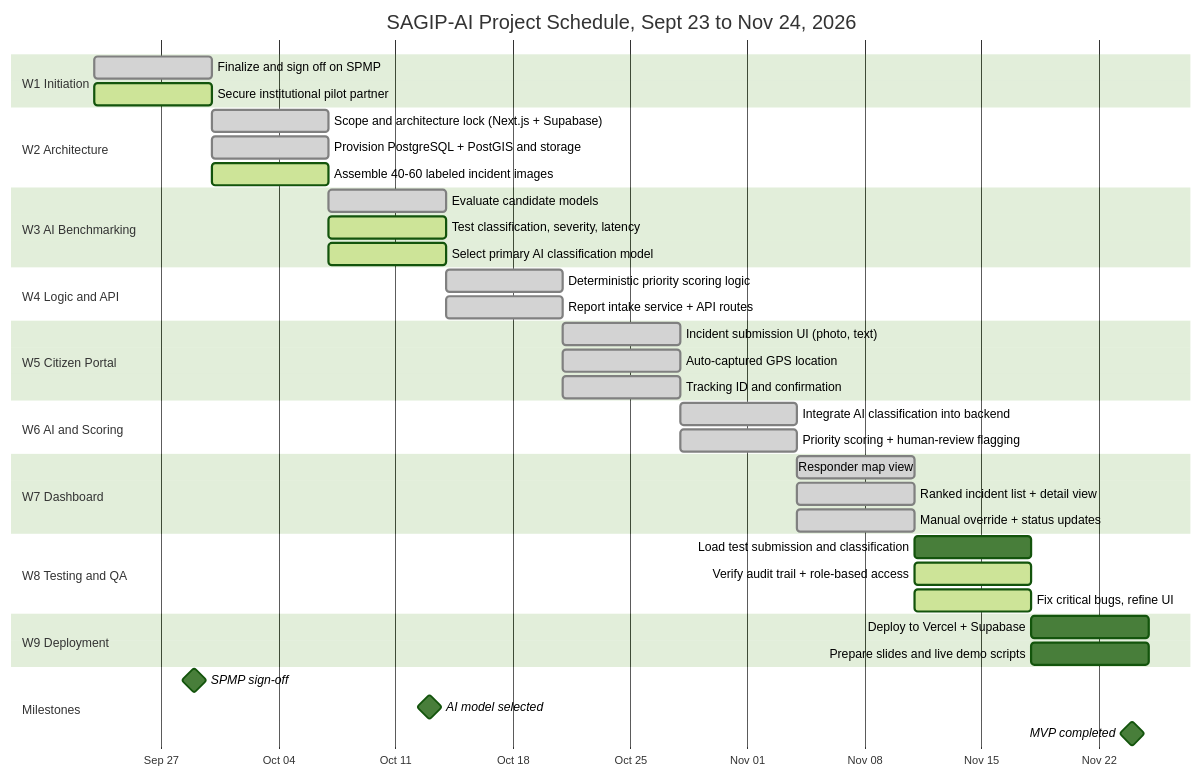
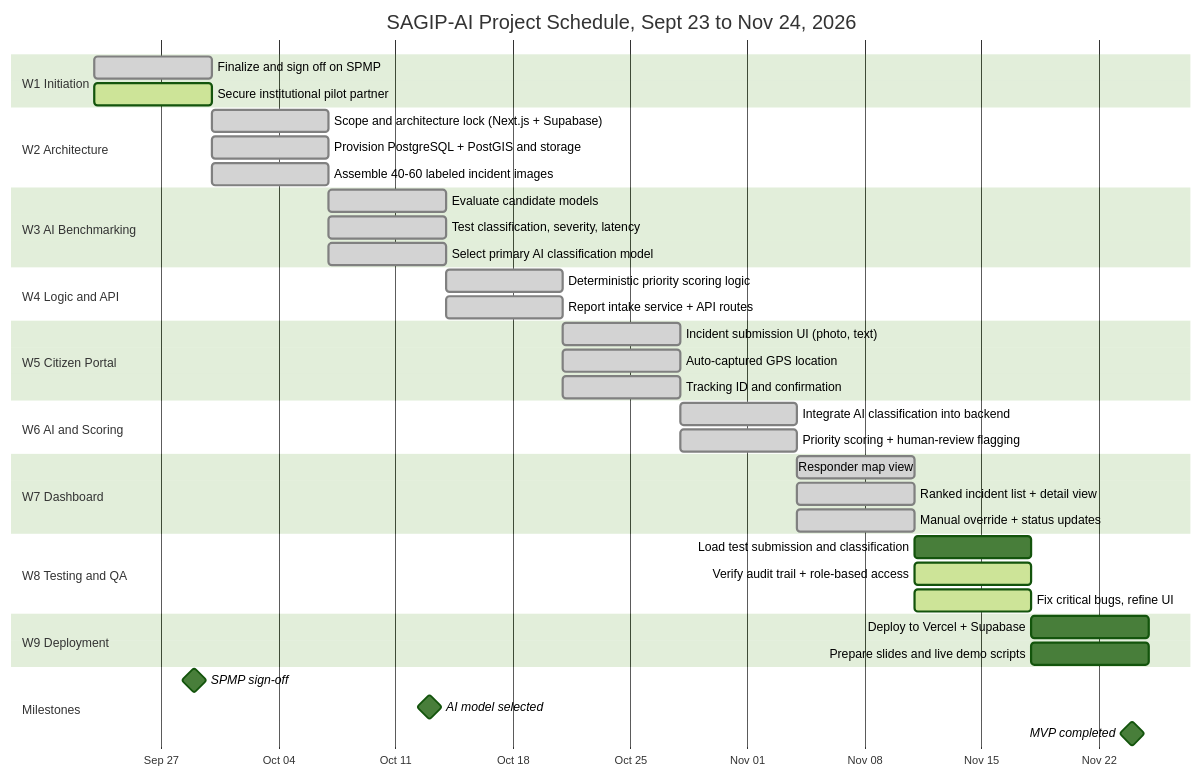
The eighth of 8 diagrams in docs/DOCUMENTATION.md (helidastar/SAGIP-AI), drawn with Mermaid (forest theme) before and after one commit. The commit also changed other lines of this file and 10 other files, not shown here.

Commit message:
docs: record the 88% retrain, local model as primary, photo sources and schedule status

````diff
--- a/docs/DOCUMENTATION.md
+++ b/docs/DOCUMENTATION.md
@@ -895,42 +900,42 @@
 ```mermaid
 gantt
     title SAGIP-AI Project Schedule, Sept 23 to Nov 24, 2026
     dateFormat YYYY-MM-DD
     axisFormat %b %d
     section W1 Initiation
     Finalize and sign off on SPMP                  :done, w11, 2026-09-23, 7d
     Secure institutional pilot partner             :active, w12, 2026-09-23, 7d
     section W2 Architecture
     Scope and architecture lock (Next.js + Supabase) :done, w21, 2026-09-30, 7d
     Provision PostgreSQL + PostGIS and storage     :done, w22, 2026-09-30, 7d
-    Assemble 40-60 labeled incident images         :active, w23, 2026-09-30, 7d
+    Assemble 40-60 labeled incident images         :done, w23, 2026-09-30, 7d
     section W3 AI Benchmarking
     Evaluate candidate models                      :done, w31, 2026-10-07, 7d
-    Test classification, severity, latency         :active, w32, 2026-10-07, 7d
-    Select primary AI classification model         :active, w33, 2026-10-07, 7d
+    Test classification, severity, latency         :done, w32, 2026-10-07, 7d
+    Select primary AI classification model         :done, w33, 2026-10-07, 7d
     section W4 Logic and API
     Deterministic priority scoring logic           :done, w41, 2026-10-14, 7d
     Report intake service + API routes             :done, w42, 2026-10-14, 7d
     section W5 Citizen Portal
     Incident submission UI (photo, text)           :done, w51, 2026-10-21, 7d
     Auto-captured GPS location                     :done, w52, 2026-10-21, 7d
     Tracking ID and confirmation                   :done, w53, 2026-10-21, 7d
     section W6 AI and Scoring
     Integrate AI classification into backend       :done, w61, 2026-10-28, 7d
     Priority scoring + human-review flagging       :done, w62, 2026-10-28, 7d
     section W7 Dashboard
     Responder map view                             :done, w71, 2026-11-04, 7d
     Ranked incident list + detail view             :done, w72, 2026-11-04, 7d
     Manual override + status updates               :done, w73, 2026-11-04, 7d
     section W8 Testing and QA
     Load test submission and classification        :w81, 2026-11-11, 7d
     Verify audit trail + role-based access         :active, w82, 2026-11-11, 7d
     Fix critical bugs, refine UI                   :active, w83, 2026-11-11, 7d
     section W9 Deployment
     Deploy to Vercel + Supabase                    :w91, 2026-11-18, 7d
     Prepare slides and live demo scripts           :w92, 2026-11-18, 7d
     section Milestones
     SPMP sign-off                                  :milestone, m1, 2026-09-29, 0d
     AI model selected                              :milestone, m2, 2026-10-13, 0d
     MVP completed                                  :milestone, m3, 2026-11-24, 0d
 ```
````
